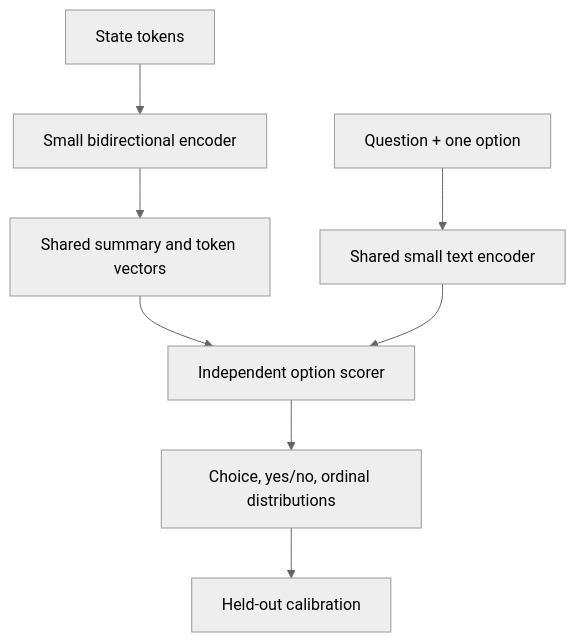
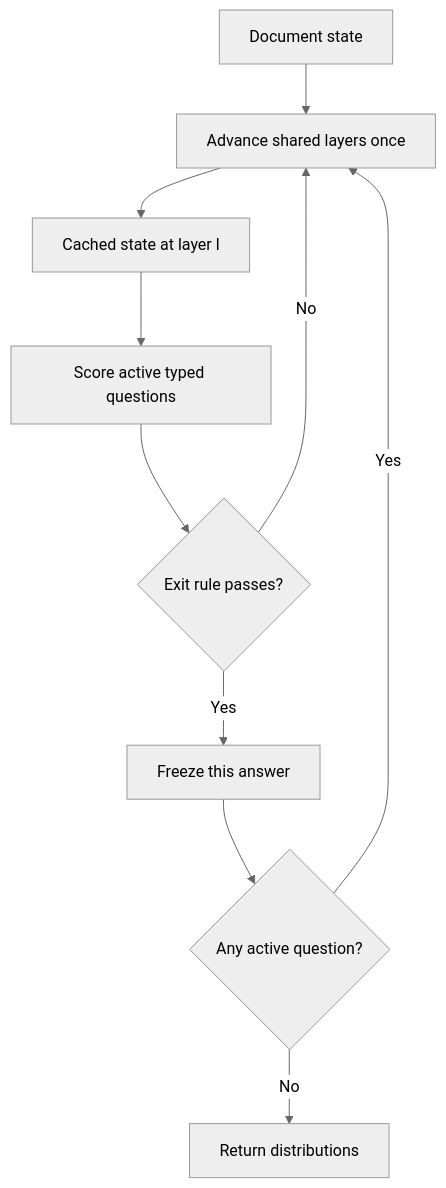
The diagram in docs/architecture.md (thepragmatik/revv), drawn with Mermaid (neutral theme) before and after one commit. The commit also changed other lines of this file and 10 other files, not shown here.

````diff
--- a/docs/architecture.md
+++ b/docs/architecture.md
@@ -9,10 +9,12 @@
-```mermaid
+~~~~mermaid
 flowchart TD
-    X["State tokens"] --> E["Small bidirectional encoder"]
-    E --> M["Shared summary and token vectors"]
-    Q["Question + one option"] --> C["Shared small text encoder"]
-    M --> H["Independent option scorer"]
-    C --> H
-    H --> N["Choice, yes/no, ordinal distributions"]
-    N --> T["Held-out calibration"]
-```
+    D["Document state"] --> E["Advance shared layers once"]
+    E --> C["Cached state at layer l"]
+    C --> Q["Score active typed questions"]
+    Q --> X{"Exit rule passes?"}
+    X -->|Yes| F["Freeze this answer"]
+    X -->|No| E
+    F --> A{"Any active question?"}
+    A -->|Yes| E
+    A -->|No| P["Return distributions"]
+~~~~
````
